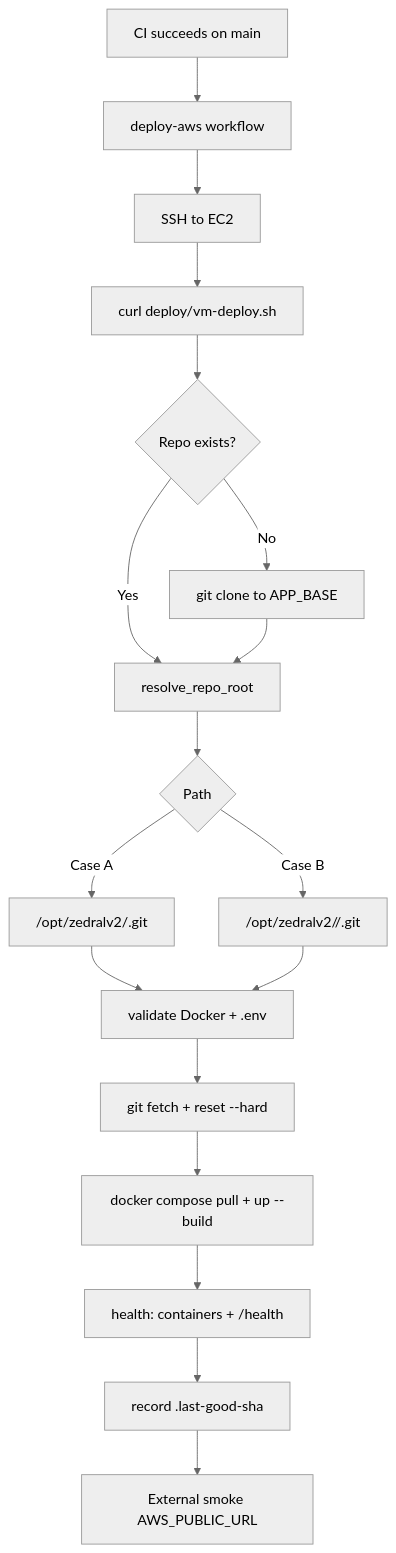
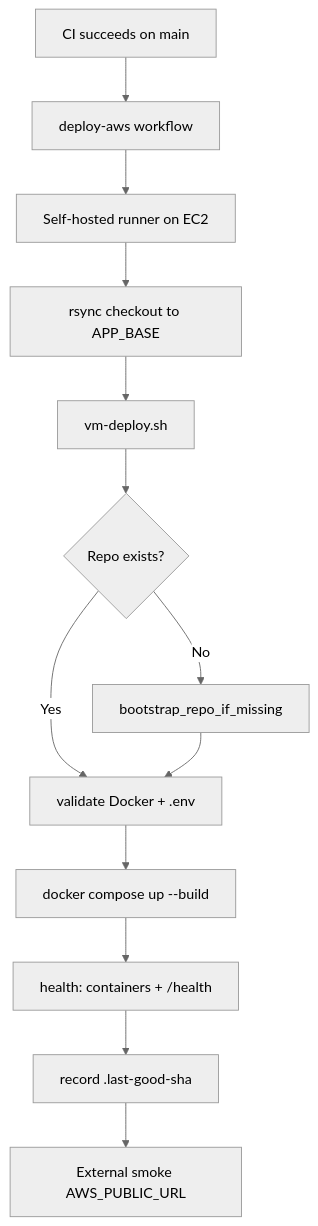
Before and after one commit to kshitijsince2004/demo_zedral: the diagram in deploy/README.md, drawn with Mermaid (neutral theme). The commit also changed 3 other files, not shown here.

First line of the commit message:
fix(deploy): use APP_BASE env in AWS workflow and refresh CI/CD audit.

````diff
--- a/deploy/README.md
+++ b/deploy/README.md
@@ -21,20 +21,15 @@
 ```mermaid
 flowchart TD
   A[CI succeeds on main] --> B[deploy-aws workflow]
-  B --> C[SSH to EC2]
-  C --> D[curl deploy/vm-deploy.sh]
-  D --> E{Repo exists?}
-  E -->|No| F[git clone to APP_BASE]
-  E -->|Yes| G[resolve_repo_root]
-  F --> G
-  G --> H{Path}
-  H -->|Case A| I["/opt/zedralv2/.git"]
-  H -->|Case B| J["/opt/zedralv2/<repo>/.git"]
-  I --> K[validate Docker + .env]
-  J --> K
-  K --> L[git fetch + reset --hard]
-  L --> M[docker compose pull + up --build]
-  M --> N[health: containers + /health]
-  N --> O[record .last-good-sha]
-  O --> P[External smoke AWS_PUBLIC_URL]
+  B --> C[Self-hosted runner on EC2]
+  C --> D[rsync checkout to APP_BASE]
+  D --> E[vm-deploy.sh]
+  E --> F{Repo exists?}
+  F -->|No| G[bootstrap_repo_if_missing]
+  F -->|Yes| H[validate Docker + .env]
+  G --> H
+  H --> I[docker compose up --build]
+  I --> J[health: containers + /health]
+  J --> K[record .last-good-sha]
+  K --> L[External smoke AWS_PUBLIC_URL]
 ```
````
